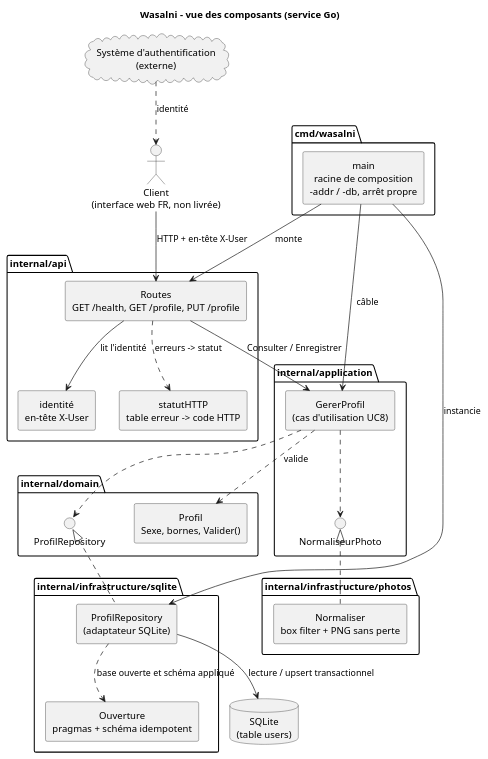
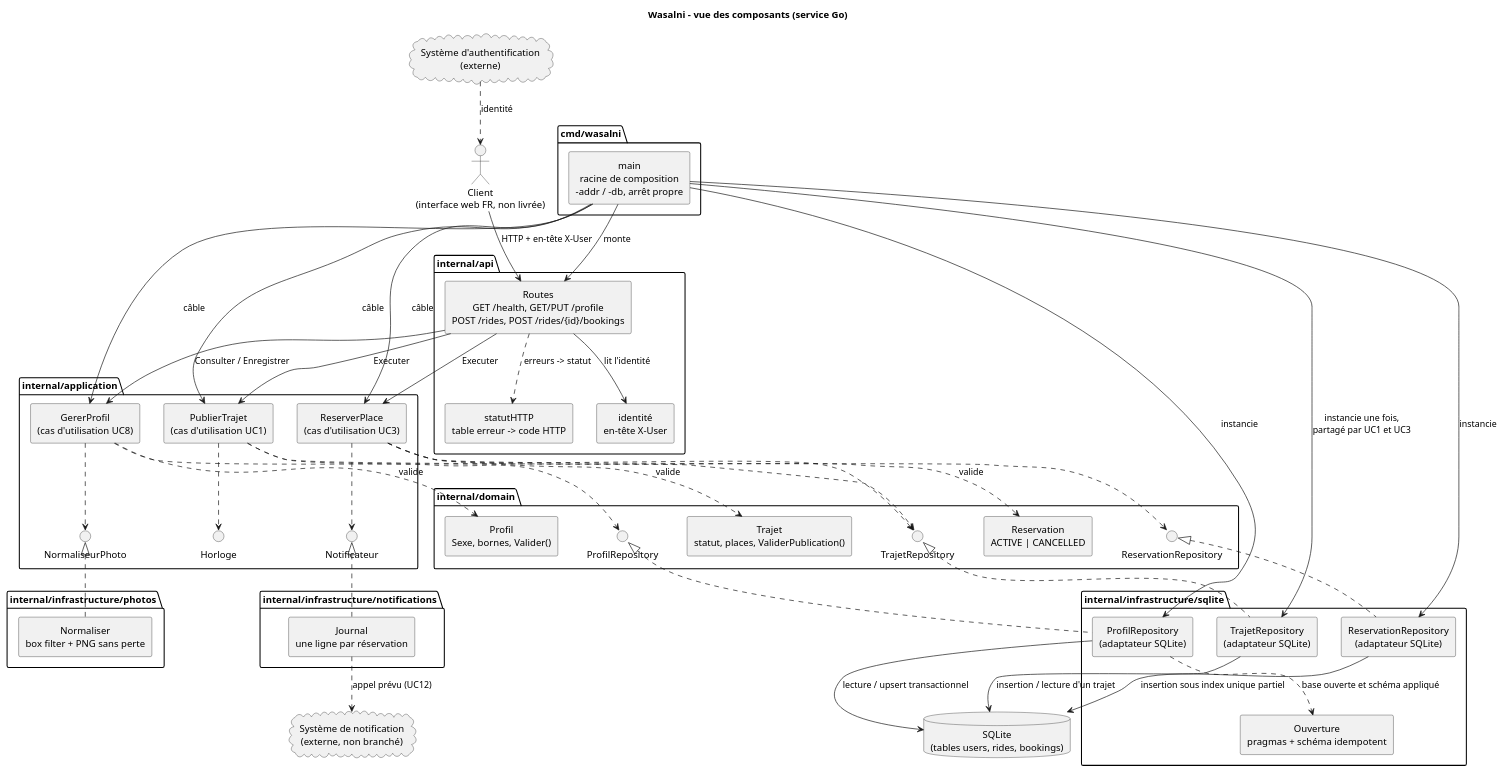
Before and after one commit to alaa-ilehi/Wasalni: the diagram in docs/uml/architecture-components.puml, drawn with PlantUML. The commit also changed 6 other files, not shown here.

```diff
--- a/docs/uml/architecture-components.puml
+++ b/docs/uml/architecture-components.puml
@@ -1,61 +1,98 @@
 @startuml
 title Wasalni - vue des composants (service Go)
 
 skinparam componentStyle rectangle
 skinparam defaultTextAlignment center
 
 actor "Client\n(interface web FR, non livrée)" as Client
 
 package "cmd/wasalni" {
   [main\nracine de composition\n-addr / -db, arrêt propre] as Main
 }
 
 package "internal/api" {
-  [Routes\nGET /health, GET /profile, PUT /profile] as Routes
+  [Routes\nGET /health, GET/PUT /profile\nPOST /rides, POST /rides/{id}/bookings] as Routes
   [identité\nen-tête X-User] as Identite
   [statutHTTP\ntable erreur -> code HTTP] as Statut
 }
 
 package "internal/application" {
   [GererProfil\n(cas d'utilisation UC8)] as GererProfil
+  [PublierTrajet\n(cas d'utilisation UC1)] as PublierTrajet
+  [ReserverPlace\n(cas d'utilisation UC3)] as ReserverPlace
   interface "NormaliseurPhoto" as INormaliseur
+  interface "Horloge" as IHorloge
+  interface "Notificateur" as INotificateur
 }
 
 package "internal/domain" {
   [Profil\nSexe, bornes, Valider()] as Profil
+  [Trajet\nstatut, places, ValiderPublication()] as Trajet
+  [Reservation\nACTIVE | CANCELLED] as Reservation
   interface "ProfilRepository" as IProfil
+  interface "TrajetRepository" as ITrajet
+  interface "ReservationRepository" as IReservation
 }
 
 package "internal/infrastructure/sqlite" {
   [ProfilRepository\n(adaptateur SQLite)] as SqlProfil
+  [TrajetRepository\n(adaptateur SQLite)] as SqlTrajet
+  [ReservationRepository\n(adaptateur SQLite)] as SqlReservation
   [Ouverture\npragmas + schéma idempotent] as Ouverture
 }
 
 package "internal/infrastructure/photos" {
   [Normaliser\nbox filter + PNG sans perte] as Photos
 }
 
-database "SQLite\n(table users)" as DB
+package "internal/infrastructure/notifications" {
+  [Journal\nune ligne par réservation] as Journal
+}
+
+database "SQLite\n(tables users, rides, bookings)" as DB
 cloud "Système d'authentification\n(externe)" as ExternalAuth
+cloud "Système de notification\n(externe, non branché)" as ExternalNotif
 
 Client --> Routes : HTTP + en-tête X-User
 ExternalAuth ..> Client : identité
 
 Routes --> Identite : lit l'identité
 Routes --> GererProfil : Consulter / Enregistrer
+Routes --> PublierTrajet : Executer
+Routes --> ReserverPlace : Executer
 Routes ..> Statut : erreurs -> statut
 
 GererProfil ..> IProfil
 GererProfil ..> INormaliseur
 GererProfil ..> Profil : valide
 
+PublierTrajet ..> ITrajet
+PublierTrajet ..> IHorloge
+PublierTrajet ..> Trajet : valide
+
+ReserverPlace ..> ITrajet
+ReserverPlace ..> IReservation
+ReserverPlace ..> INotificateur
+ReserverPlace ..> Reservation : valide
+
 IProfil <|.. SqlProfil
+ITrajet <|.. SqlTrajet
+IReservation <|.. SqlReservation
 INormaliseur <|.. Photos
+INotificateur <|.. Journal
 
 SqlProfil --> DB : lecture / upsert transactionnel
+SqlTrajet --> DB : insertion / lecture d'un trajet
+SqlReservation --> DB : insertion sous index unique partiel
 SqlProfil ..> Ouverture : base ouverte et schéma appliqué
 
+Journal ..> ExternalNotif : appel prévu (UC12)
+
 Main --> SqlProfil : instancie
+Main --> SqlTrajet : instancie une fois,\npartagé par UC1 et UC3
+Main --> SqlReservation : instancie
 Main --> GererProfil : câble
+Main --> PublierTrajet : câble
+Main --> ReserverPlace : câble
 Main --> Routes : monte
 @enduml
```
